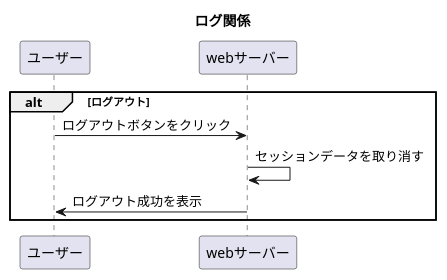
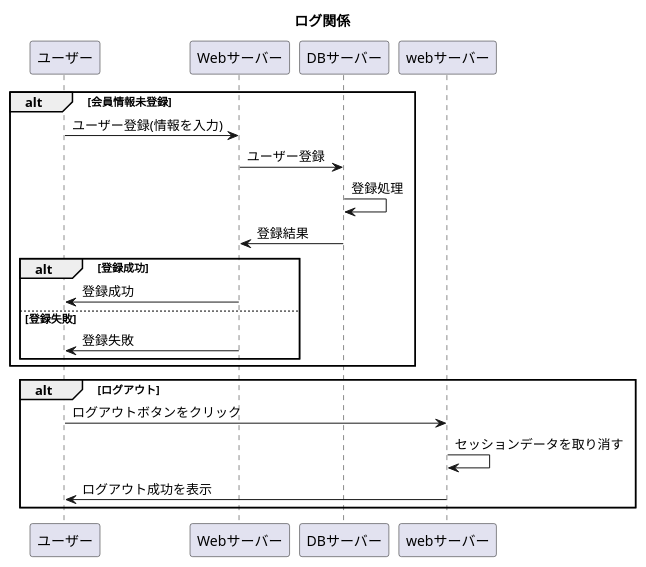
The diagram in 設計書/02_業務フロー/Log-flow.md (Aso2001227/Aso-Sports-1), drawn with PlantUML before and after one commit.

````diff
--- a/設計書/02_業務フロー/Log-flow.md
+++ b/設計書/02_業務フロー/Log-flow.md
@@ -1,10 +1,21 @@
 ```uml
 @startuml
 title: ログ関係
+alt 会員情報未登録
+  ユーザー -> Webサーバー : ユーザー登録(情報を入力)
+  Webサーバー -> DBサーバー : ユーザー登録
+  DBサーバー -> DBサーバー : 登録処理
+  DBサーバー -> Webサーバー : 登録結果
+  alt 登録成功
+    Webサーバー -> ユーザー : 登録成功
+    else 登録失敗
+    Webサーバー -> ユーザー : 登録失敗
+  end
+ end
 alt ログアウト
 ユーザー ->webサーバー :ログアウトボタンをクリック
 webサーバー -> webサーバー :セッションデータを取り消す
 webサーバー -> ユーザー :ログアウト成功を表示
 end
 @enduml
 ```
````
